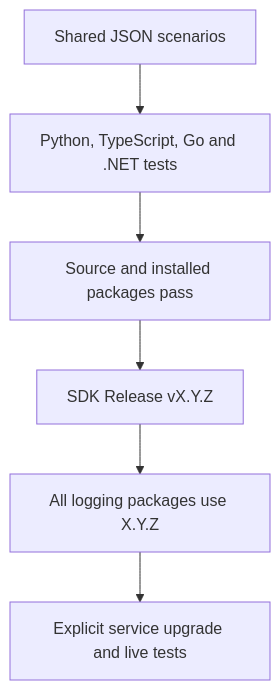
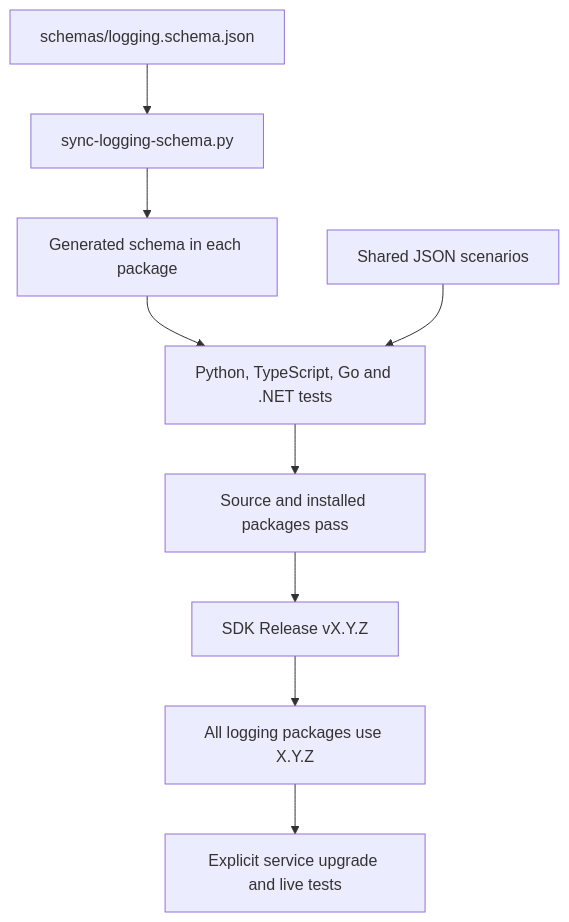
One commit to onenexus-team/onenexus-sdks changed the diagram in docs/logging.md. Above: the diagram before and after it, drawn with Mermaid. The commit also changed other lines of this file and 26 other files, not shown here.

Commit message:
Centralize logging schema and preserve HTTP method tokens

````diff
--- a/docs/logging.md
+++ b/docs/logging.md
@@ -6,8 +6,11 @@
 ```mermaid
 flowchart TD
+    Schema[schemas/logging.schema.json] --> Generate[sync-logging-schema.py]
+    Generate --> Copies[Generated schema in each package]
+    Copies --> Tests
     Cases[Shared JSON scenarios] --> Tests[Python, TypeScript, Go and .NET tests]
     Tests --> Gate[Source and installed packages pass]
     Gate --> Release[SDK Release vX.Y.Z]
     Release --> Packages[All logging packages use X.Y.Z]
     Packages --> Service[Explicit service upgrade and live tests]
 ```
````
